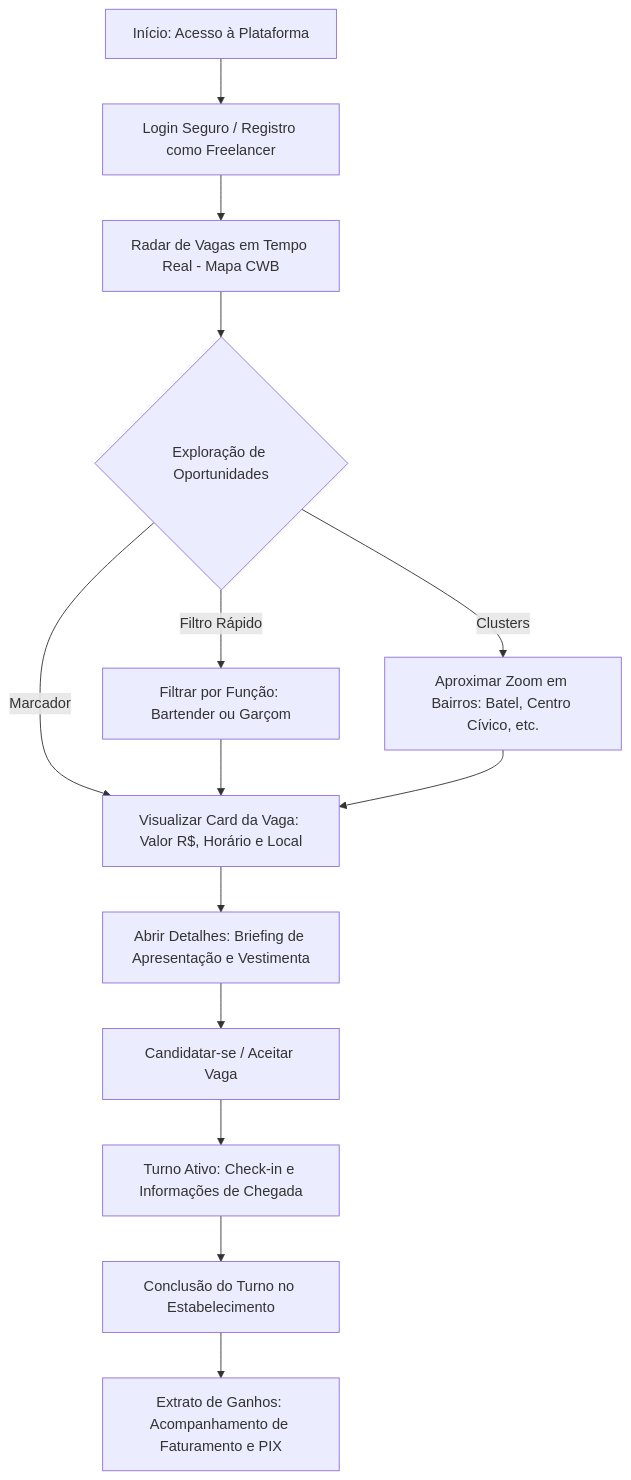
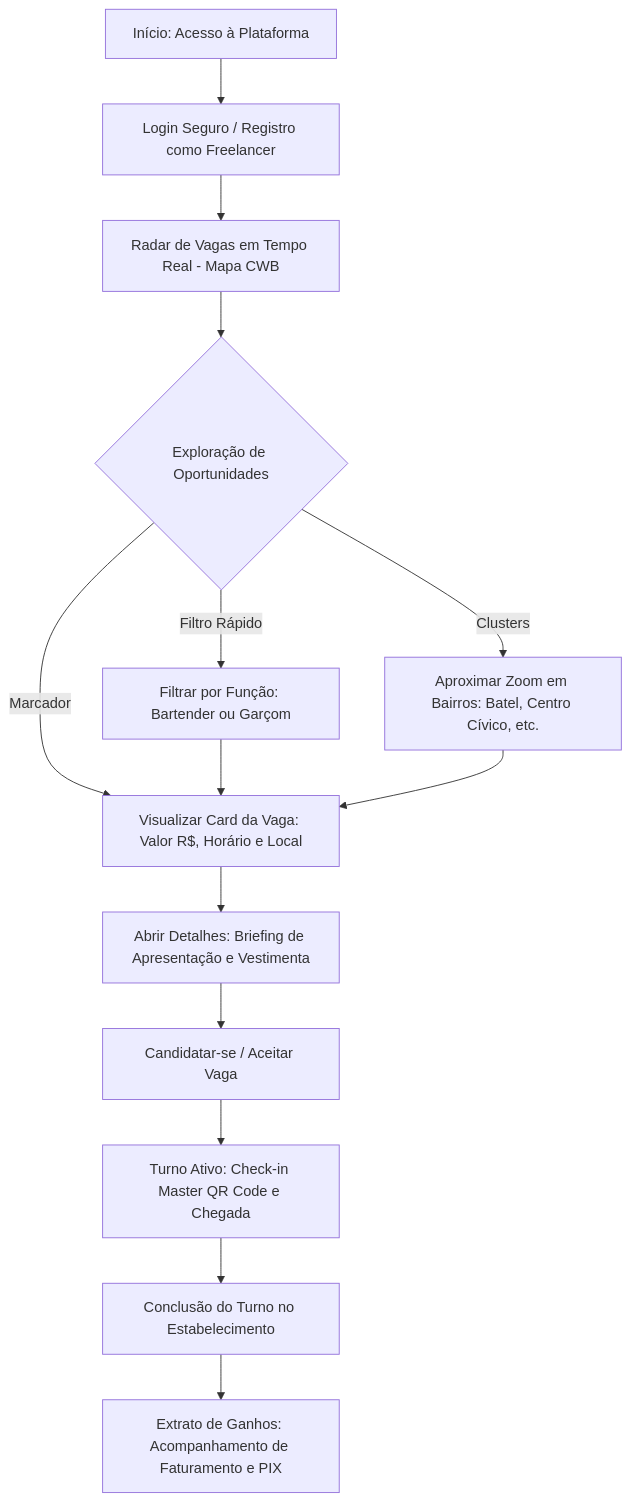
The first of 3 diagrams in README.md (RafaelAFujii/TrampoTaxa), drawn with Mermaid before and after one commit. The commit also changed other lines of this file and 52 other files, not shown here.

````diff
--- a/README.md
+++ b/README.md
@@ -33,16 +63,16 @@
 ```mermaid
 graph TD
     A[Início: Acesso à Plataforma] --> B[Login Seguro / Registro como Freelancer]
     B --> C[Radar de Vagas em Tempo Real - Mapa CWB]
     C --> D{Exploração de Oportunidades}
     D -->|Filtro Rápido| E[Filtrar por Função: Bartender ou Garçom]
     D -->|Clusters| F[Aproximar Zoom em Bairros: Batel, Centro Cívico, etc.]
     D -->|Marcador| G[Visualizar Card da Vaga: Valor R$, Horário e Local]
     E --> G
     F --> G
     G --> H[Abrir Detalhes: Briefing de Apresentação e Vestimenta]
     H --> I[Candidatar-se / Aceitar Vaga]
-    I --> J[Turno Ativo: Check-in e Informações de Chegada]
+    I --> J[Turno Ativo: Check-in Master QR Code e Chegada]
     J --> K[Conclusão do Turno no Estabelecimento]
     K --> L[Extrato de Ganhos: Acompanhamento de Faturamento e PIX]
 ```
````
